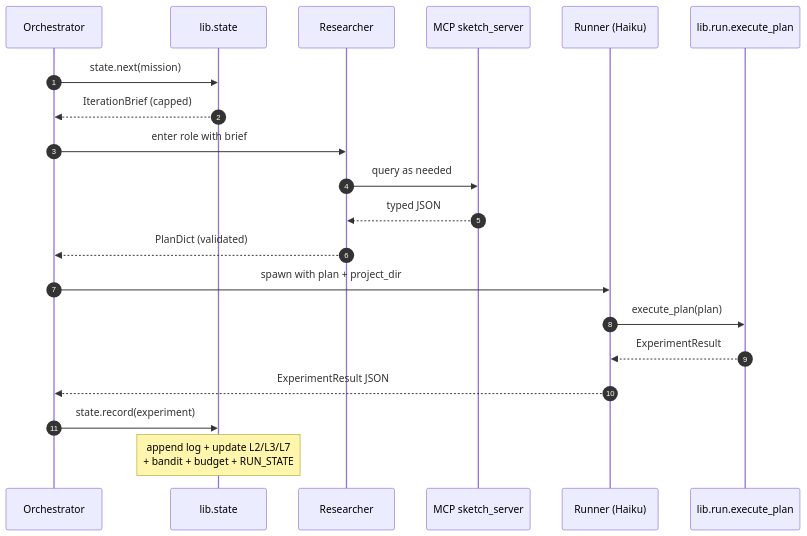
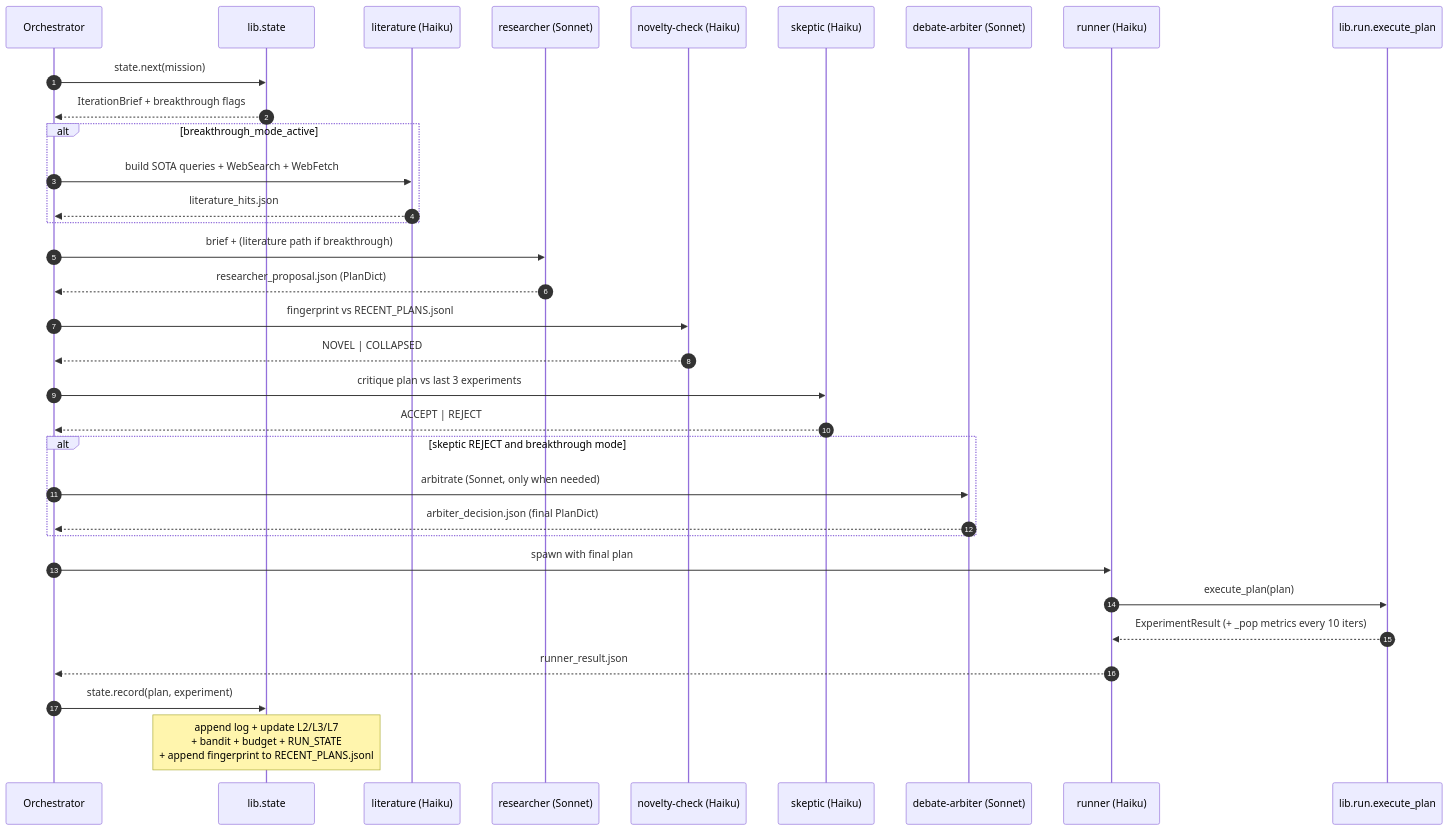
Before and after one commit to Faizan-SID26/AgenticEDAModellingTool: the fifth of 6 diagrams in README.md, drawn with Mermaid. The commit also changed other lines of this file and 30 other files, not shown here.

````diff
--- a/README.md
+++ b/README.md
@@ -300,23 +321,36 @@
 ```mermaid
 sequenceDiagram
     autonumber
     participant Orch as Orchestrator
     participant State as lib.state
-    participant Researcher
-    participant Sketch as MCP sketch_server
-    participant Runner as Runner (Haiku)
+    participant Lit as literature (Haiku)
+    participant R as researcher (Sonnet)
+    participant Nov as novelty-check (Haiku)
+    participant Sk as skeptic (Haiku)
+    participant Arb as debate-arbiter (Sonnet)
+    participant Runner as runner (Haiku)
     participant RunPy as lib.run.execute_plan
 
     Orch->>State: state.next(mission)
-    State-->>Orch: IterationBrief (capped)
-    Orch->>Researcher: enter role with brief
-    Researcher->>Sketch: query as needed
-    Sketch-->>Researcher: typed JSON
-    Researcher-->>Orch: PlanDict (validated)
-    Orch->>Runner: spawn with plan + project_dir
+    State-->>Orch: IterationBrief + breakthrough flags
+    alt breakthrough_mode_active
+        Orch->>Lit: build SOTA queries + WebSearch + WebFetch
+        Lit-->>Orch: literature_hits.json
+    end
+    Orch->>R: brief + (literature path if breakthrough)
+    R-->>Orch: researcher_proposal.json (PlanDict)
+    Orch->>Nov: fingerprint vs RECENT_PLANS.jsonl
+    Nov-->>Orch: NOVEL | COLLAPSED
+    Orch->>Sk: critique plan vs last 3 experiments
+    Sk-->>Orch: ACCEPT | REJECT
+    alt skeptic REJECT and breakthrough mode
+        Orch->>Arb: arbitrate (Sonnet, only when needed)
+        Arb-->>Orch: arbiter_decision.json (final PlanDict)
+    end
+    Orch->>Runner: spawn with final plan
     Runner->>RunPy: execute_plan(plan)
-    RunPy-->>Runner: ExperimentResult
-    Runner-->>Orch: ExperimentResult JSON
-    Orch->>State: state.record(experiment)
-    Note over State: append log + update L2/L3/L7<br/>+ bandit + budget + RUN_STATE
+    RunPy-->>Runner: ExperimentResult (+ _pop metrics every 10 iters)
+    Runner-->>Orch: runner_result.json
+    Orch->>State: state.record(plan, experiment)
+    Note over State: append log + update L2/L3/L7<br/>+ bandit + budget + RUN_STATE<br/>+ append fingerprint to RECENT_PLANS.jsonl
 ```
````
